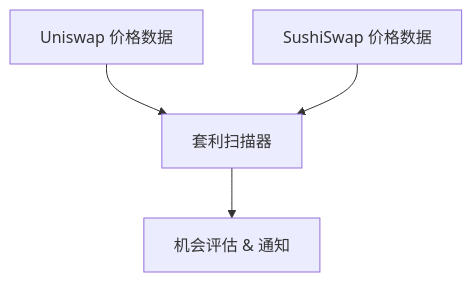
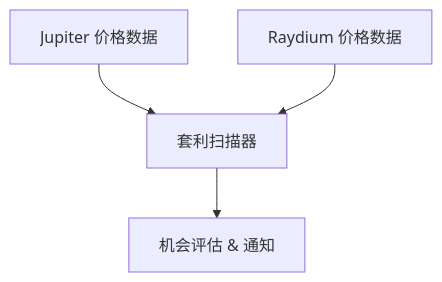
One commit to chainstream-io/docs changed the diagram in cn/playbooks/tutorials/build-arbitrage-scanner.mdx. Above: the diagram before and after it, drawn with Mermaid. The commit also changed other lines of this file and 657 other files, not shown here.

First line of the commit message:
feat: comprehensive docs overhaul — GraphQL, i18n, DeFi, playbooks

````diff
--- a/cn/playbooks/tutorials/build-arbitrage-scanner.mdx
+++ b/cn/playbooks/tutorials/build-arbitrage-scanner.mdx
@@ -25,6 +29,6 @@
 ```mermaid
 flowchart TD
-    A[Uniswap 价格数据] --> C[套利扫描器]
-    B[SushiSwap 价格数据] --> C
+    A[Jupiter 价格数据] --> C[套利扫描器]
+    B[Raydium 价格数据] --> C
     C --> D[机会评估 & 通知]
 ```
````
